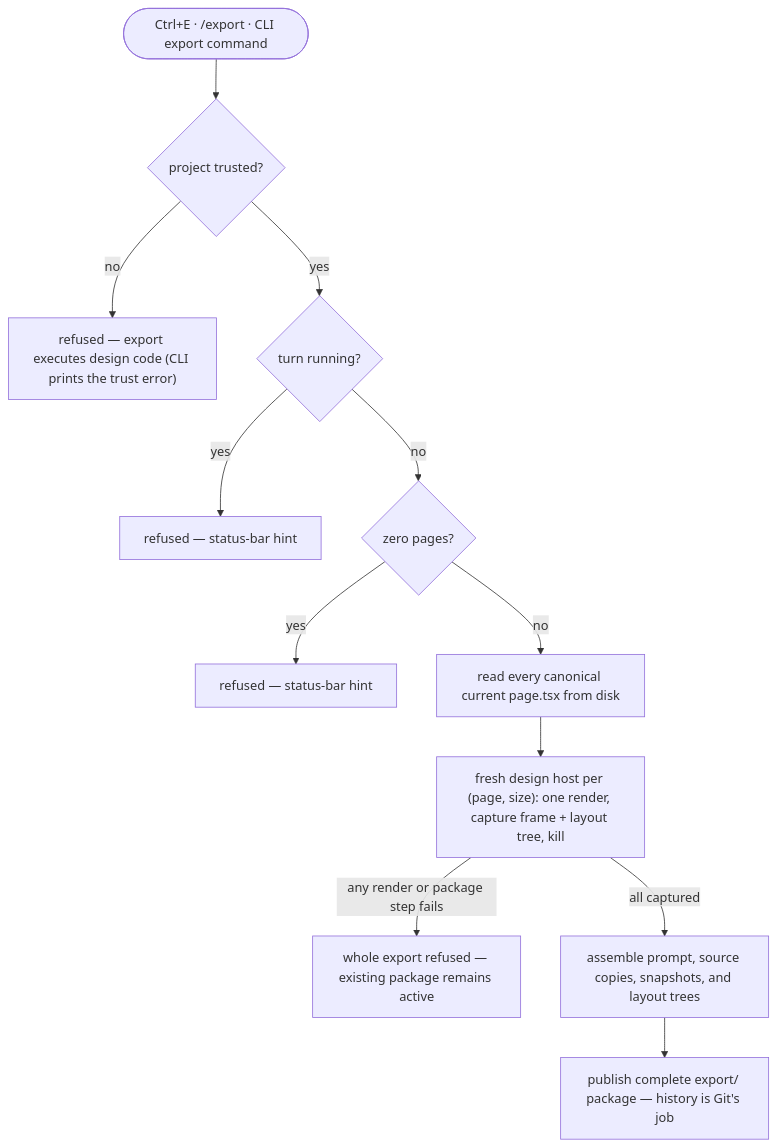
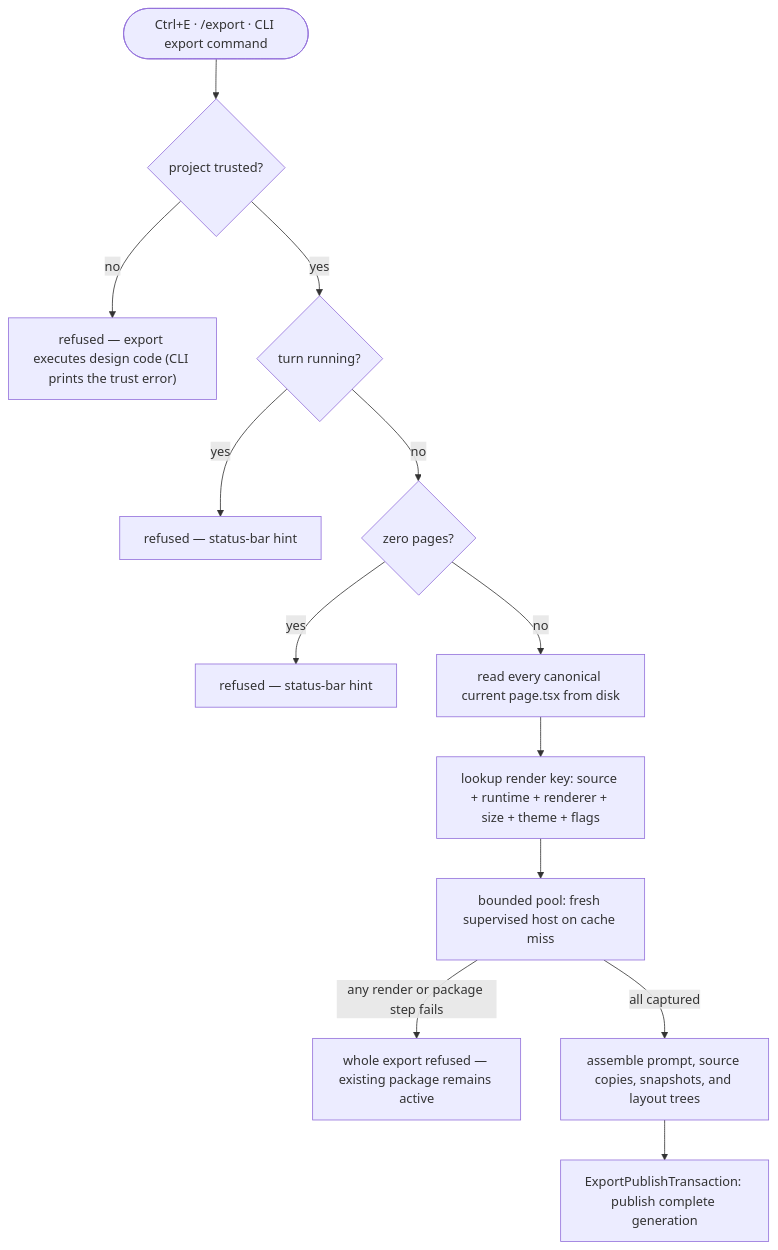
One commit to khmilevoi/termcraft changed the diagram in docs/architecture/flows/export.md. Above: the diagram before and after it, drawn with Mermaid. The commit also changed other lines of this file and 22 other files, not shown here.

````diff
--- a/docs/architecture/flows/export.md
+++ b/docs/architecture/flows/export.md
@@ -3,14 +3,15 @@
 ```mermaid
 flowchart TD
     trigger(["Ctrl+E · /export · CLI export command"]) --> trust{"project trusted?"}
     trust -- "no" --> hint0["refused — export executes design code (CLI prints the trust error)"]
     trust -- "yes" --> busy{"turn running?"}
     busy -- "yes" --> hint1["refused — status-bar hint"]
     busy -- "no" --> empty{"zero pages?"}
     empty -- "yes" --> hint2["refused — status-bar hint"]
     empty -- "no" --> source["read every canonical current page.tsx from disk"]
-    source --> snap["fresh design host per (page, size): one render, capture frame + layout tree, kill"]
+    source --> cache["lookup render key: source + runtime + renderer + size + theme + flags"]
+    cache --> snap["bounded pool: fresh supervised host on cache miss"]
     snap -- "any render or package step fails" --> fail["whole export refused — existing package remains active"]
     snap -- "all captured" --> assemble["assemble prompt, source copies, snapshots, and layout trees"]
-    assemble --> publish["publish complete export/ package — history is Git's job"]
+    assemble --> publish["ExportPublishTransaction: publish complete generation"]
 ```
````
